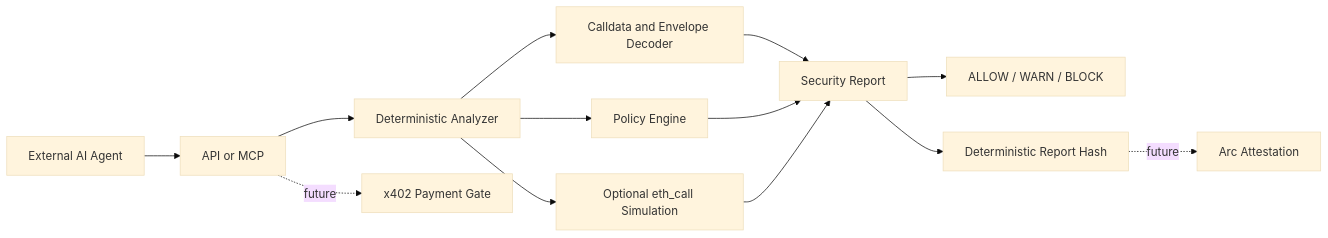
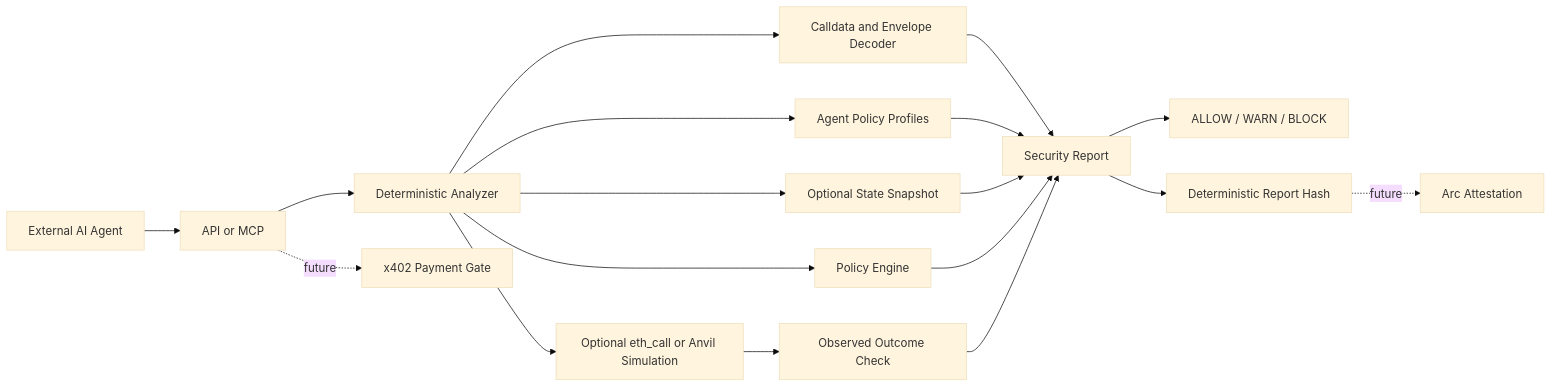
The diagram in README.md (Neeraj1850/agent-warden), drawn with Mermaid (base theme) before and after one commit. The commit also changed other lines of this file and 22 other files, not shown here.

Commit message:
Add policy profiles and MVP demo

````diff
--- a/README.md
+++ b/README.md
@@ -34,15 +34,20 @@
 ```mermaid
 flowchart LR
   Agent["External AI Agent"] --> Transport["API or MCP"]
   Transport --> Analyzer["Deterministic Analyzer"]
+  Analyzer --> Profiles["Agent Policy Profiles"]
   Analyzer --> Decoder["Calldata and Envelope Decoder"]
+  Analyzer --> State["Optional State Snapshot"]
   Analyzer --> Policy["Policy Engine"]
-  Analyzer --> Simulation["Optional eth_call Simulation"]
+  Analyzer --> Simulation["Optional eth_call or Anvil Simulation"]
+  Simulation --> Outcome["Observed Outcome Check"]
   Decoder --> Report["Security Report"]
+  Profiles --> Report
+  State --> Report
   Policy --> Report
-  Simulation --> Report
+  Outcome --> Report
   Report --> Decision["ALLOW / WARN / BLOCK"]
   Report --> Hash["Deterministic Report Hash"]
   Hash -. future .-> Arc["Arc Attestation"]
   Transport -. future .-> X402["x402 Payment Gate"]
 ```
````
